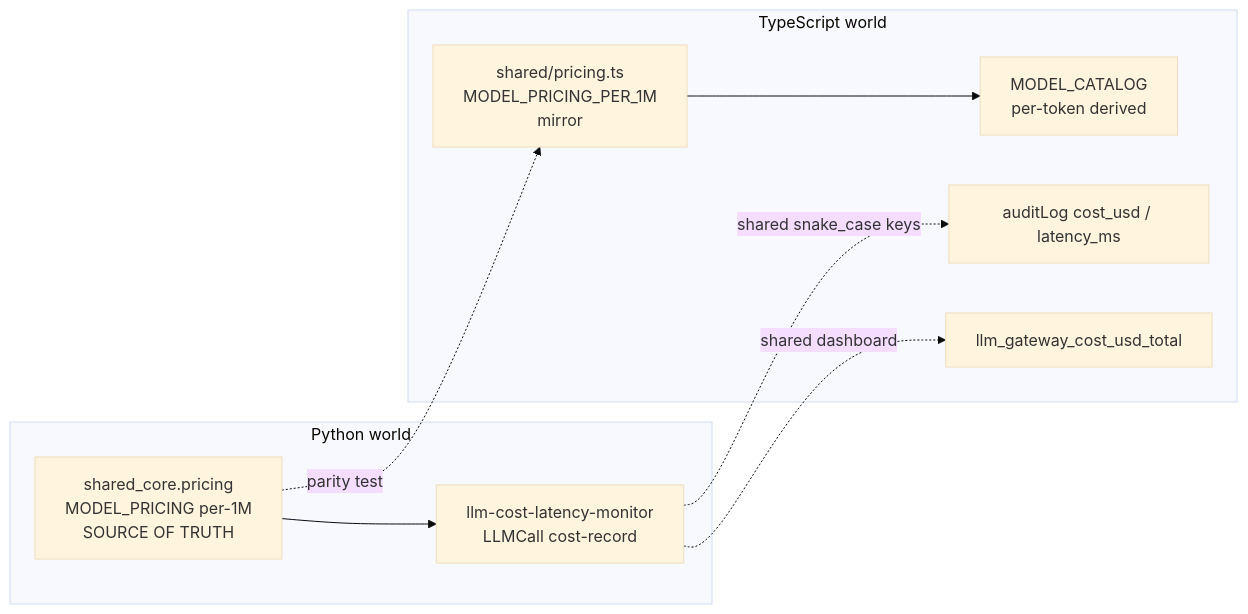
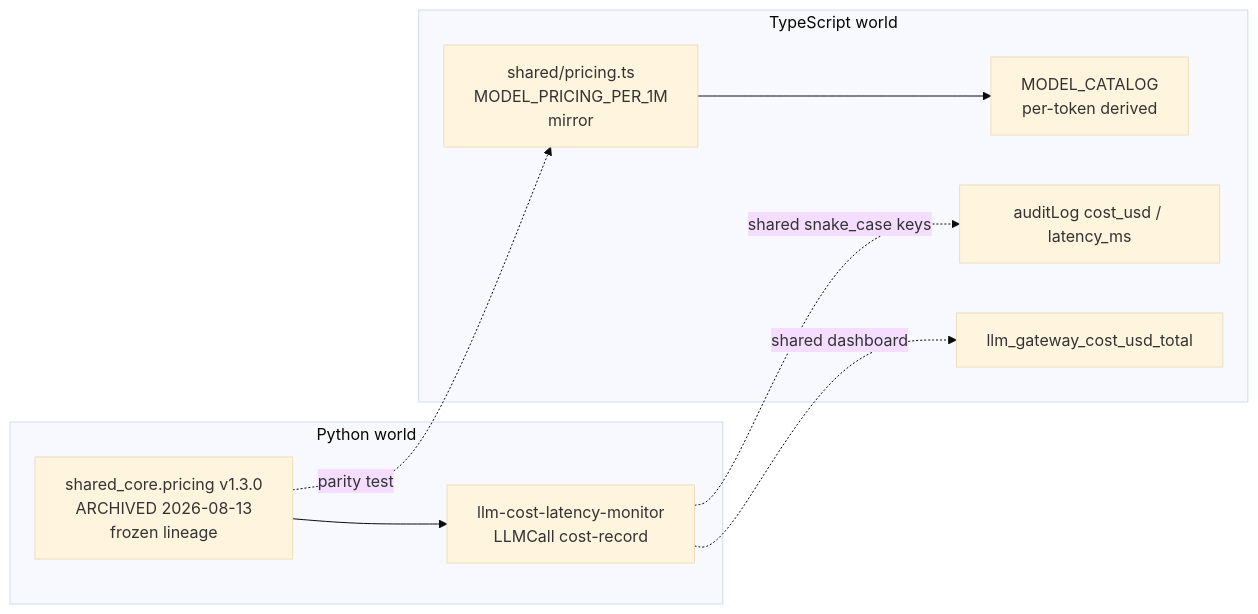
The diagram in docs/design-decisions.md (FishRaposo/llm-gateway), drawn with Mermaid (base theme) before and after one commit. The commit also changed other lines of this file and 14 other files, not shown here.

Commit message:
Freeze pricing lineage at archived shared-core v1.3.0; refresh metadata wording; bump dashboard Next to 16.3.1 and vitest to 4 (audit clean)

````diff
--- a/docs/design-decisions.md
+++ b/docs/design-decisions.md
@@ -28,18 +28,18 @@
 ```mermaid
 flowchart LR
     subgraph Py[Python world]
-        SC[shared_core.pricing<br/>MODEL_PRICING per-1M<br/>SOURCE OF TRUTH]
+        SC[shared_core.pricing v1.3.0<br/>ARCHIVED 2026-08-13<br/>frozen lineage]
         Mon[llm-cost-latency-monitor<br/>LLMCall cost-record]
         SC --> Mon
     end
     subgraph TS[TypeScript world]
         P1M[shared/pricing.ts<br/>MODEL_PRICING_PER_1M<br/>mirror]
         Cat[MODEL_CATALOG<br/>per-token derived]
         Audit[auditLog cost_usd / latency_ms]
         Metrics[llm_gateway_cost_usd_total]
         P1M --> Cat
     end
     SC -. parity test .-> P1M
     Mon -. shared snake_case keys .-> Audit
     Mon -. shared dashboard .-> Metrics
 ```
````
